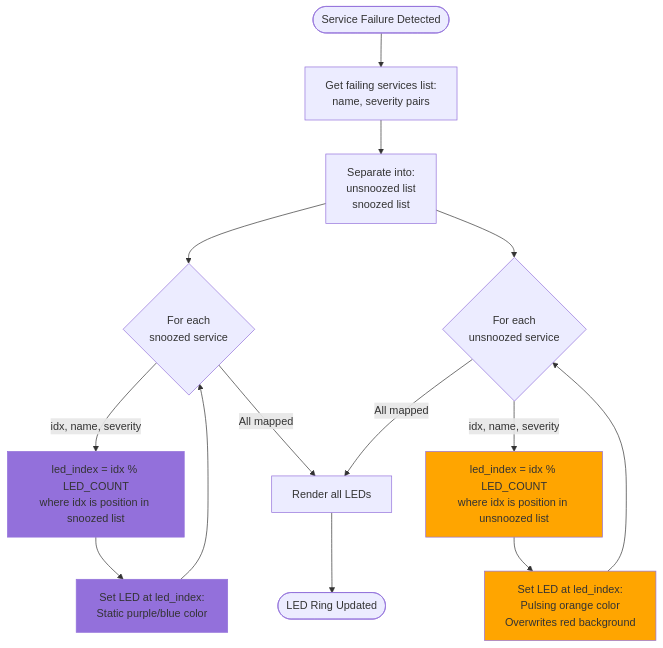
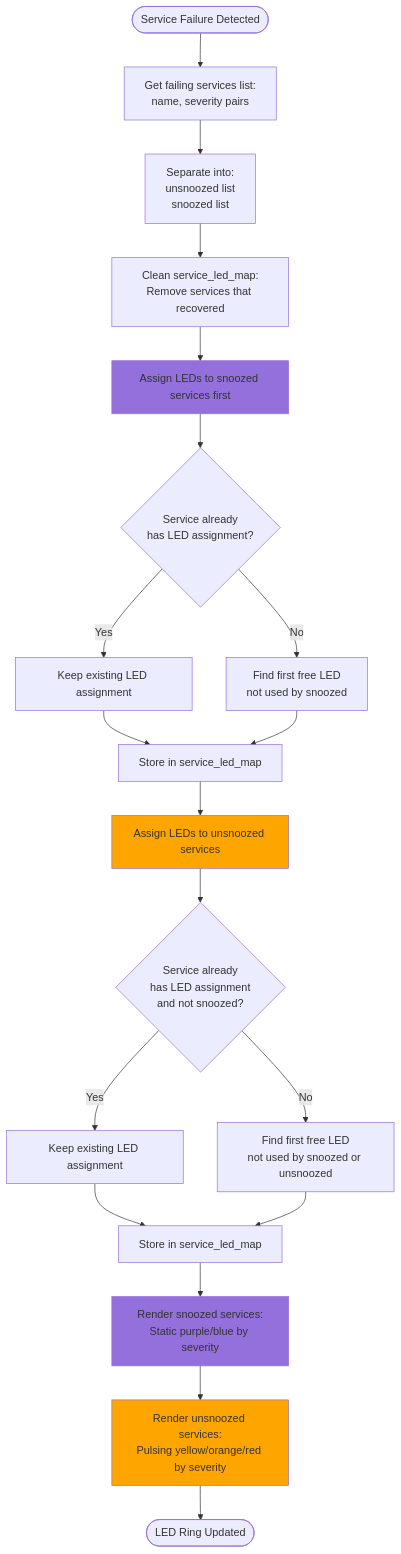
Before and after one commit to marcelfarres/pimonitor: the ninth of 12 diagrams in docs/LED-STATE-FLOW.md, drawn with Mermaid. The commit also changed other lines of this file and 3 other files, not shown here.

First line of the commit message:
Enhance LED Monitoring System with Severity-Based Alerts and Service Management

````diff
--- a/docs/LED-STATE-FLOW.md
+++ b/docs/LED-STATE-FLOW.md
@@ -385,26 +389,32 @@
 ```mermaid
 flowchart TD
     Start([Service Failure Detected]) --> GetFailing[Get failing services list:<br/>name, severity pairs]
     
     GetFailing --> Separate[Separate into:<br/>unsnoozed list<br/>snoozed list]
     
-    Separate --> SnoozedMap{For each<br/>snoozed service}
-    SnoozedMap -->|idx, name, severity| CalcSnoozedLED[led_index = idx % LED_COUNT<br/>where idx is position in snoozed list]
-    CalcSnoozedLED --> SetSnoozed[Set LED at led_index:<br/>Static purple/blue color]
-    SetSnoozed --> SnoozedMap
+    Separate --> CleanMap[Clean service_led_map:<br/>Remove services that recovered]
     
-    Separate --> UnsnoozedMap{For each<br/>unsnoozed service}
-    UnsnoozedMap -->|idx, name, severity| CalcUnsnoozedLED[led_index = idx % LED_COUNT<br/>where idx is position in unsnoozed list]
-    CalcUnsnoozedLED --> SetUnsnoozed[Set LED at led_index:<br/>Pulsing orange color<br/>Overwrites red background]
-    SetUnsnoozed --> UnsnoozedMap
+    CleanMap --> AssignSnoozed[Assign LEDs to snoozed services first]
+    AssignSnoozed --> CheckSnoozedMap{Service already<br/>has LED assignment?}
+    CheckSnoozedMap -->|Yes| KeepSnoozedLED[Keep existing LED assignment]
+    CheckSnoozedMap -->|No| FindFreeSnoozed[Find first free LED<br/>not used by snoozed]
+    KeepSnoozedLED --> StoreSnoozed[Store in service_led_map]
+    FindFreeSnoozed --> StoreSnoozed
     
-    SnoozedMap -->|All mapped| Render[Render all LEDs]
-    UnsnoozedMap -->|All mapped| Render
+    StoreSnoozed --> AssignUnsnoozed[Assign LEDs to unsnoozed services]
+    AssignUnsnoozed --> CheckUnsnoozedMap{Service already<br/>has LED assignment<br/>and not snoozed?}
+    CheckUnsnoozedMap -->|Yes| KeepUnsnoozedLED[Keep existing LED assignment]
+    CheckUnsnoozedMap -->|No| FindFreeUnsnoozed[Find first free LED<br/>not used by snoozed or unsnoozed]
+    KeepUnsnoozedLED --> StoreUnsnoozed[Store in service_led_map]
+    FindFreeUnsnoozed --> StoreUnsnoozed
     
-    Render --> End([LED Ring Updated])
+    StoreUnsnoozed --> RenderSnoozed[Render snoozed services:<br/>Static purple/blue by severity]
+    RenderSnoozed --> RenderUnsnoozed[Render unsnoozed services:<br/>Pulsing yellow/orange/red by severity]
     
-    style CalcSnoozedLED fill:#9370db
-    style CalcUnsnoozedLED fill:#ffa500
-    style SetSnoozed fill:#9370db
-    style SetUnsnoozed fill:#ffa500
+    RenderUnsnoozed --> End([LED Ring Updated])
+    
+    style AssignSnoozed fill:#9370db
+    style AssignUnsnoozed fill:#ffa500
+    style RenderSnoozed fill:#9370db
+    style RenderUnsnoozed fill:#ffa500
 ```
````
